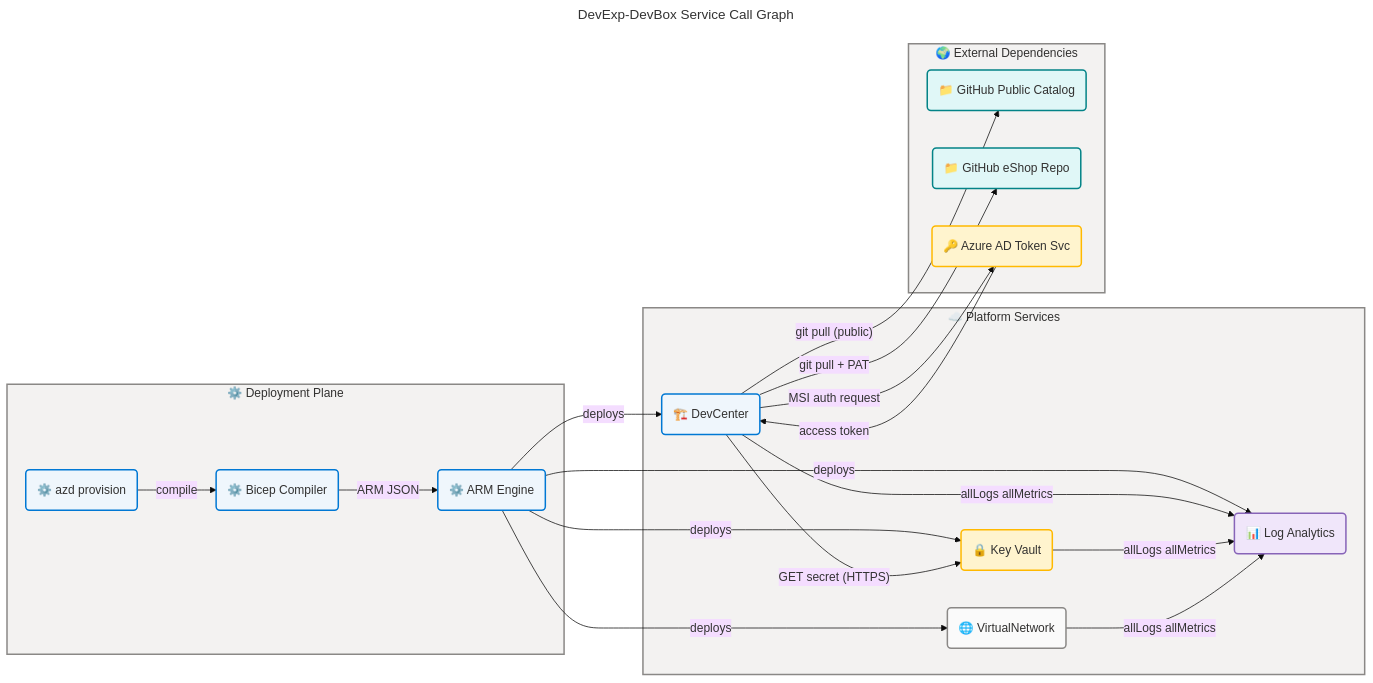
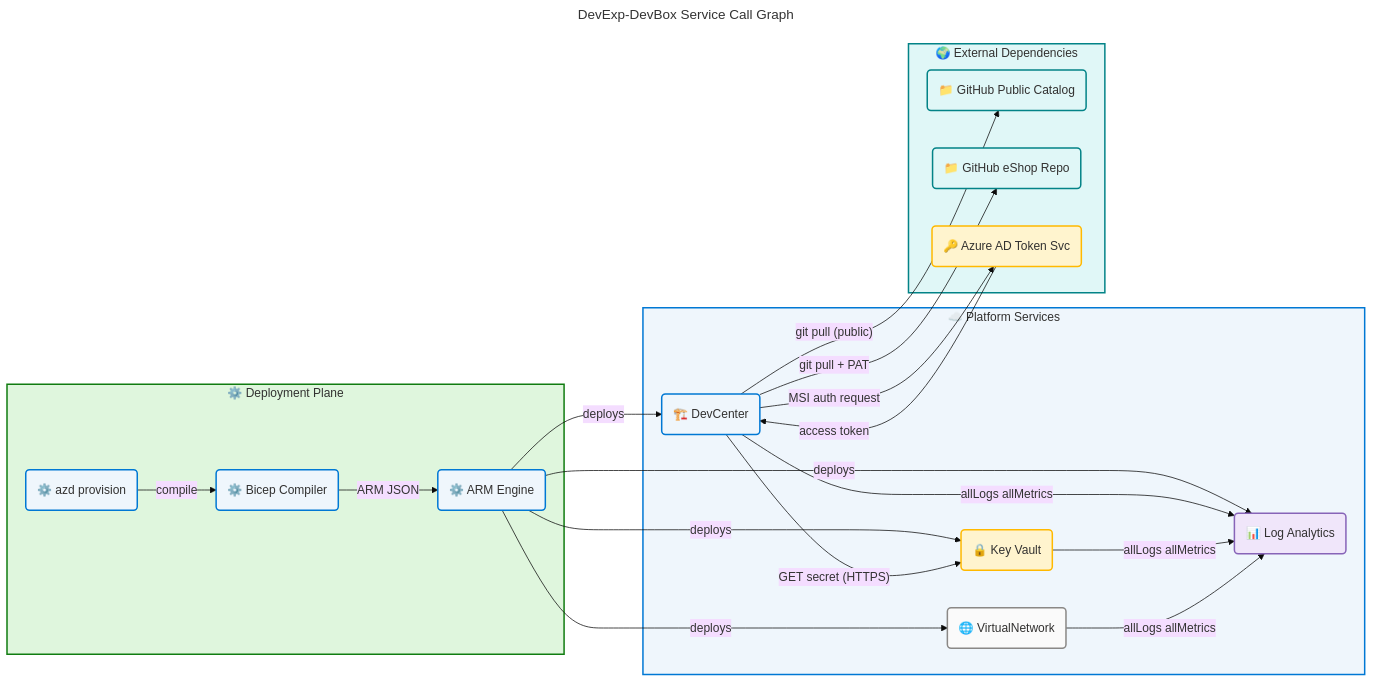
The sixth of 7 diagrams in docs/architecture/application-architecture.md (Evilazaro/DevExp-DevBox), drawn with Mermaid before and after one commit. The commit also changed other lines of this file and 1 other file, not shown here.

Commit message:
refactor: Update Mermaid diagram styles for improved visual clarity in application architecture documentation

````diff
--- a/docs/architecture/application-architecture.md
+++ b/docs/architecture/application-architecture.md
@@ -1385,71 +1395,71 @@
 ```mermaid
 ---
 title: "DevExp-DevBox Service Call Graph"
 config:
   theme: base
   look: classic
   layout: dagre
   themeVariables:
     fontSize: '16px'
   flowchart:
     htmlLabels: true
 ---
 flowchart LR
     accTitle: DevExp-DevBox Service Call Graph
     accDescr: Runtime and deployment service-to-service dependencies with protocols and directions
 
 %% ═══════════════════════════════════════════════════════════════════════════
 %% AZURE / FLUENT ARCHITECTURE PATTERN v1.1
 %% (Semantic + Structural + Font + Accessibility Governance)
 %% ═══════════════════════════════════════════════════════════════════════════
 %% PHASE 1 - FLUENT UI: All styling uses approved Fluent UI palette only
 %% PHASE 2 - GROUPS: Every subgraph has semantic color via style directive
 %% PHASE 3 - COMPONENTS: Every node has semantic classDef + icon prefix
 %% PHASE 4 - ACCESSIBILITY: accTitle/accDescr present, WCAG AA contrast
 %% PHASE 5 - STANDARD: Governance block present, classDefs centralized
 %% ═══════════════════════════════════════════════════════════════════════════
 
     subgraph Deploy["⚙️ Deployment Plane"]
         AZD2("⚙️ azd provision"):::core
         ARM2("⚙️ ARM Engine"):::core
         BicepC("⚙️ Bicep Compiler"):::core
     end
 
     subgraph Platform["☁️ Platform Services"]
         DCtwo("🏗️ DevCenter"):::core
         KVtwo("🔒 Key Vault"):::warning
         LAtwo("📊 Log Analytics"):::data
         VNtwo("🌐 VirtualNetwork"):::neutral
     end
 
     subgraph ExternalDeps["🌍 External Dependencies"]
         GHpub2("📁 GitHub Public Catalog"):::external
         GHpriv2("📁 GitHub eShop Repo"):::external
         ADtoken("🔑 Azure AD Token Svc"):::warning
     end
 
     AZD2 -->|"compile"| BicepC
     BicepC -->|"ARM JSON"| ARM2
     ARM2 -->|"deploys"| DCtwo
     ARM2 -->|"deploys"| KVtwo
     ARM2 -->|"deploys"| LAtwo
     ARM2 -->|"deploys"| VNtwo
     DCtwo -->|"MSI auth request"| ADtoken
     ADtoken -->|"access token"| DCtwo
     DCtwo -->|"GET secret (HTTPS)"| KVtwo
     DCtwo -->|"git pull (public)"| GHpub2
     DCtwo -->|"git pull + PAT"| GHpriv2
     DCtwo -->|"allLogs allMetrics"| LAtwo
     KVtwo -->|"allLogs allMetrics"| LAtwo
     VNtwo -->|"allLogs allMetrics"| LAtwo
 
-    style Deploy fill:#F3F2F1,stroke:#8A8886,stroke-width:2px,color:#323130
-    style Platform fill:#F3F2F1,stroke:#8A8886,stroke-width:2px,color:#323130
-    style ExternalDeps fill:#F3F2F1,stroke:#8A8886,stroke-width:2px,color:#323130
+    style Deploy fill:#DFF6DD,stroke:#107C10,stroke-width:2px,color:#323130
+    style Platform fill:#EFF6FC,stroke:#0078D4,stroke-width:2px,color:#323130
+    style ExternalDeps fill:#E0F7F7,stroke:#038387,stroke-width:2px,color:#323130
 
     classDef neutral fill:#FAFAFA,stroke:#8A8886,stroke-width:2px,color:#323130
     classDef core fill:#EFF6FC,stroke:#0078D4,stroke-width:2px,color:#323130
     classDef warning fill:#FFF4CE,stroke:#FFB900,stroke-width:2px,color:#323130
     classDef data fill:#F0E6FA,stroke:#8764B8,stroke-width:2px,color:#323130
     classDef external fill:#E0F7F7,stroke:#038387,stroke-width:2px,color:#323130
 ```
````
